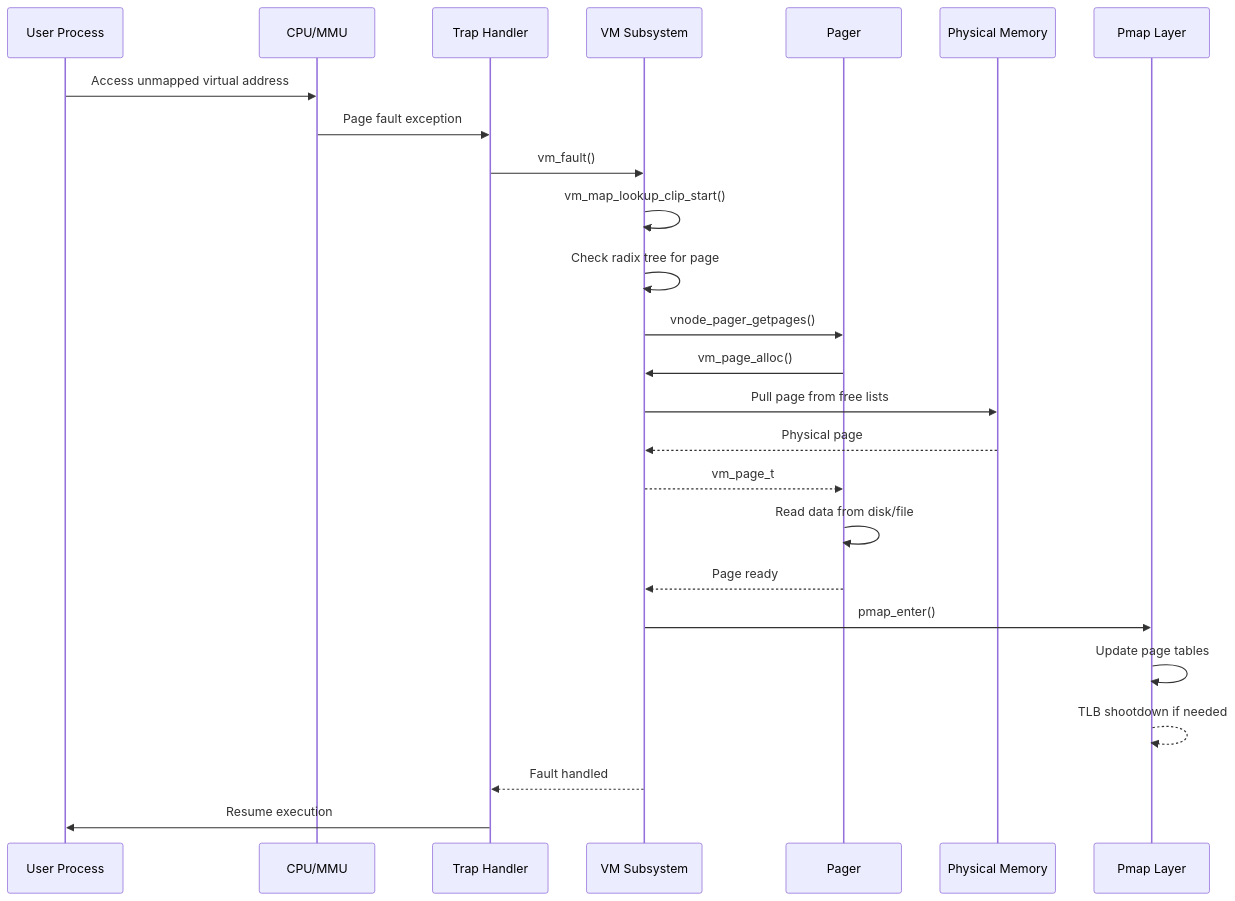
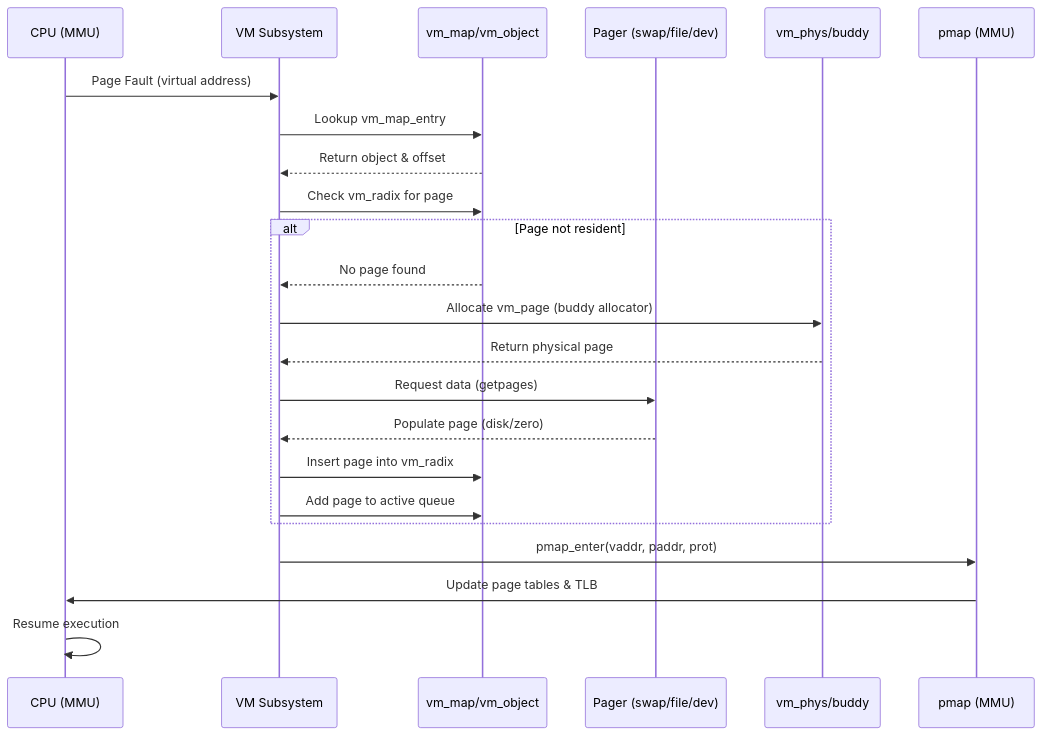
One commit to ocochard/freebsd-src changed the diagram in sys/vm/README.md. Above: the diagram before and after it, drawn with Mermaid. The commit also changed other lines of this file and 26 other files, not shown here.

````diff
--- a/sys/vm/README.md
+++ b/sys/vm/README.md
@@ -118,28 +118,26 @@
 ```mermaid
 sequenceDiagram
-    participant User as User Process
-    participant CPU as CPU/MMU
-    participant Trap as Trap Handler
+    participant CPU as CPU (MMU)
     participant VM as VM Subsystem
-    participant Pager as Pager
-    participant Phys as Physical Memory
-    participant Pmap as Pmap Layer
+    participant MAP as vm_map/vm_object
+    participant PG as Pager (swap/file/dev)
+    participant PHY as vm_phys/buddy
+    participant PM as pmap (MMU)
 
-    User->>CPU: Access unmapped virtual address
-    CPU->>Trap: Page fault exception
-    Trap->>VM: vm_fault()
-    VM->>VM: vm_map_lookup_clip_start()
-    VM->>VM: Check radix tree for page
-    VM->>Pager: vnode_pager_getpages()
-    Pager->>VM: vm_page_alloc()
-    VM->>Phys: Pull page from free lists
-    Phys-->>VM: Physical page
-    VM-->>Pager: vm_page_t
-    Pager->>Pager: Read data from disk/file
-    Pager-->>VM: Page ready
-    VM->>Pmap: pmap_enter()
-    Pmap->>Pmap: Update page tables
-    Pmap-->>Pmap: TLB shootdown if needed
-    VM-->>Trap: Fault handled
-    Trap->>User: Resume execution
+    CPU->>VM: Page Fault (virtual address)
+    VM->>MAP: Lookup vm_map_entry
+    MAP-->>VM: Return object & offset
+    VM->>MAP: Check vm_radix for page
+    alt Page not resident
+        MAP-->>VM: No page found
+        VM->>PHY: Allocate vm_page (buddy allocator)
+        PHY-->>VM: Return physical page
+        VM->>PG: Request data (getpages)
+        PG-->>VM: Populate page (disk/zero)
+        VM->>MAP: Insert page into vm_radix
+        VM->>MAP: Add page to active queue
+    end
+    VM->>PM: pmap_enter(vaddr, paddr, prot)
+    PM->>CPU: Update page tables & TLB
+    CPU->>CPU: Resume execution
 ```
````
